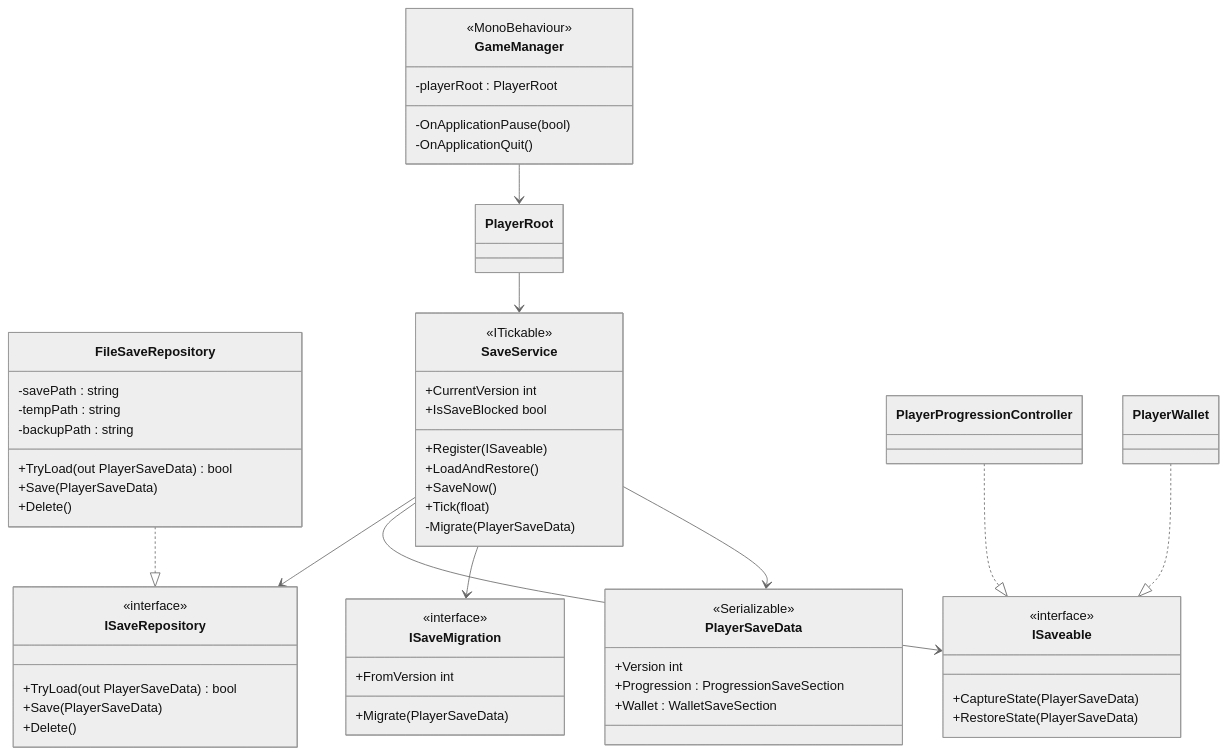
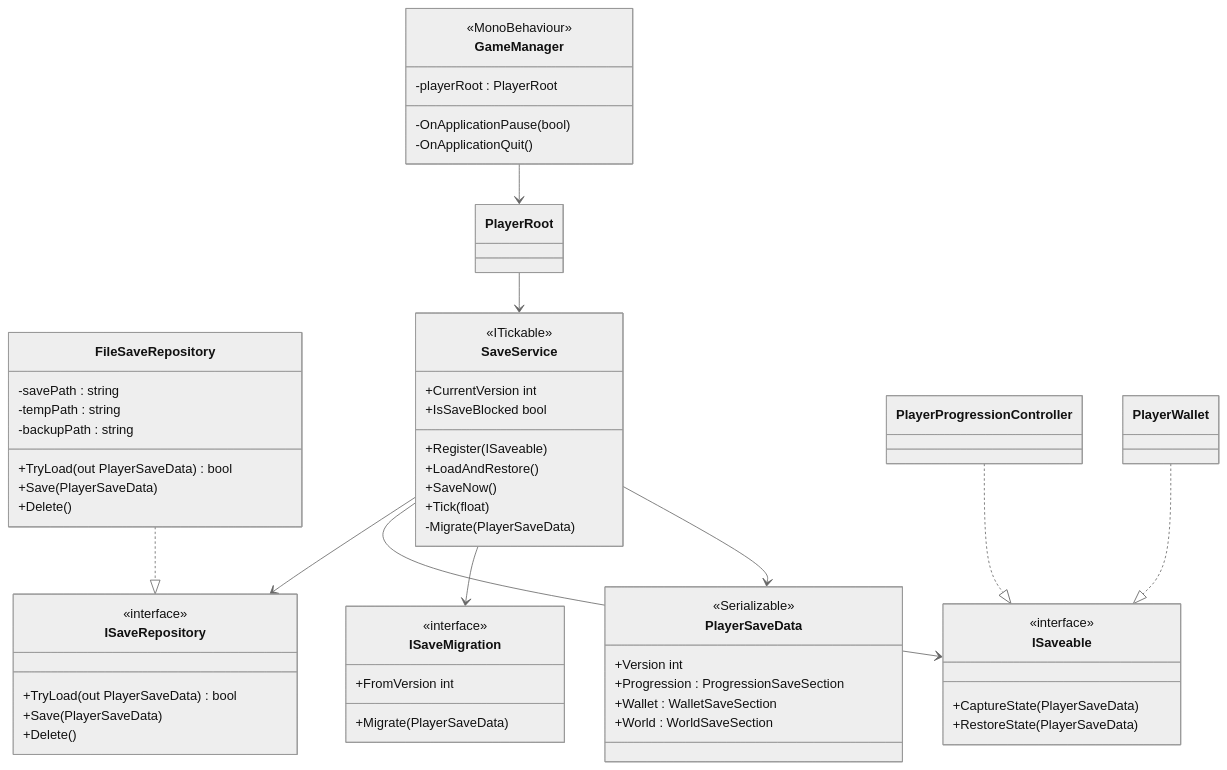
One commit to hanwoolhanwool/Idle-Game changed the first of 4 diagrams in docs/specs/core/save.md. Above: the diagram before and after it, drawn with Mermaid (neutral theme). The commit also changed other lines of this file and 3 other files, not shown here.

````diff
--- a/docs/specs/core/save.md
+++ b/docs/specs/core/save.md
@@ -43,65 +43,66 @@
 ```mermaid
 classDiagram
     class ISaveRepository {
         <<interface>>
         +TryLoad(out PlayerSaveData) bool
         +Save(PlayerSaveData)
         +Delete()
     }
 
     class FileSaveRepository {
         -savePath : string
         -tempPath : string
         -backupPath : string
         +TryLoad(out PlayerSaveData) bool
         +Save(PlayerSaveData)
         +Delete()
     }
 
     class ISaveable {
         <<interface>>
         +CaptureState(PlayerSaveData)
         +RestoreState(PlayerSaveData)
     }
 
     class ISaveMigration {
         <<interface>>
         +FromVersion int
         +Migrate(PlayerSaveData)
     }
 
     class SaveService {
         <<ITickable>>
         +CurrentVersion int
         +IsSaveBlocked bool
         +Register(ISaveable)
         +LoadAndRestore()
         +SaveNow()
         +Tick(float)
         -Migrate(PlayerSaveData)
     }
 
     class PlayerSaveData {
         <<Serializable>>
         +Version int
         +Progression : ProgressionSaveSection
         +Wallet : WalletSaveSection
+        +World : WorldSaveSection
     }
 
     class GameManager {
         <<MonoBehaviour>>
         -playerRoot : PlayerRoot
         -OnApplicationPause(bool)
         -OnApplicationQuit()
     }
 
     FileSaveRepository ..|> ISaveRepository
     SaveService --> ISaveRepository
     SaveService --> ISaveable
     SaveService --> ISaveMigration
     SaveService --> PlayerSaveData
     PlayerProgressionController ..|> ISaveable
     PlayerWallet ..|> ISaveable
     PlayerRoot --> SaveService
     GameManager --> PlayerRoot
 ```
````
